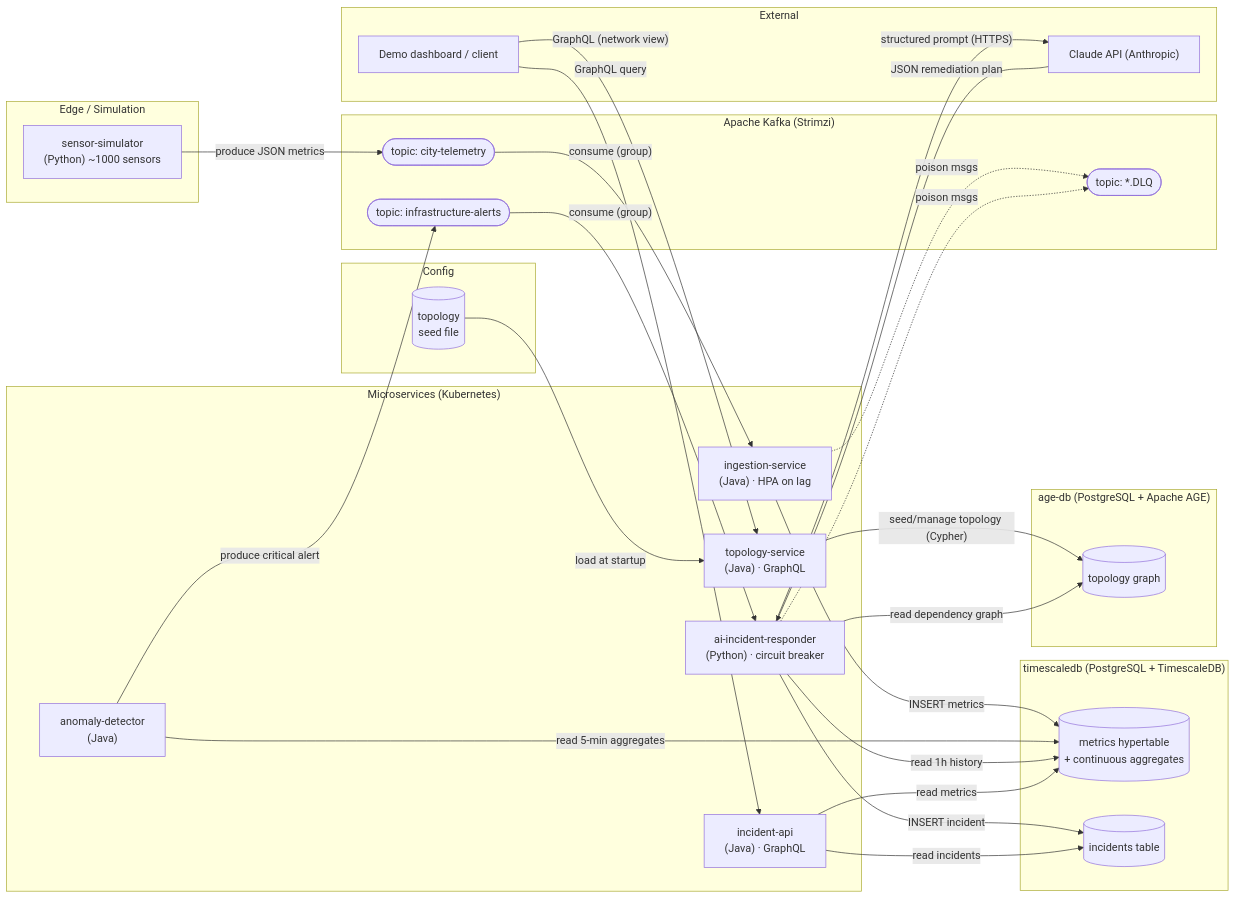
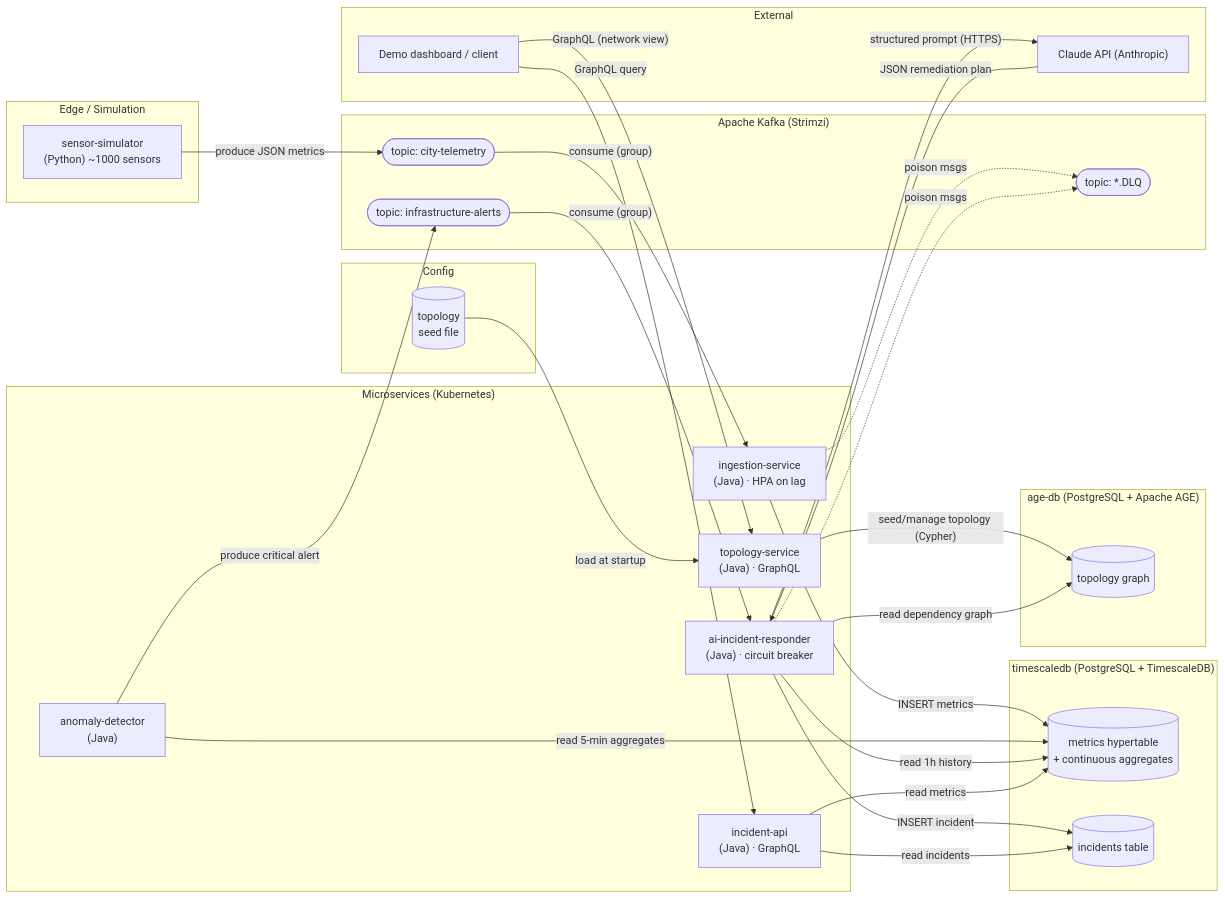
One commit to Yamete11/IPR changed the diagram in docs/architecture.mmd. Above: the diagram before and after it, drawn with Mermaid. The commit also changed 18 other files, not shown here.

```diff
--- a/docs/architecture.mmd
+++ b/docs/architecture.mmd
@@ -1,49 +1,49 @@
 flowchart LR
   subgraph edge["Edge / Simulation"]
     SIM["sensor-simulator<br/>(Python) ~1000 sensors"]
   end
   subgraph kafka["Apache Kafka (Strimzi)"]
     T1(["topic: city-telemetry"])
     T2(["topic: infrastructure-alerts"])
     DLQ(["topic: *.DLQ"])
   end
   subgraph services["Microservices (Kubernetes)"]
     ING["ingestion-service<br/>(Java) · HPA on lag"]
     DET["anomaly-detector<br/>(Java)"]
-    AI["ai-incident-responder<br/>(Python) · circuit breaker"]
+    AI["ai-incident-responder<br/>(Java) · circuit breaker"]
     API["incident-api<br/>(Java) · GraphQL"]
     TOPO["topology-service<br/>(Java) · GraphQL"]
   end
   subgraph config["Config"]
     SEED[("topology<br/>seed file")]
   end
   subgraph pgts["timescaledb (PostgreSQL + TimescaleDB)"]
     TS[("metrics hypertable<br/>+ continuous aggregates")]
     INC[("incidents table")]
   end
   subgraph pgage["age-db (PostgreSQL + Apache AGE)"]
     AGE[("topology graph")]
   end
   subgraph ext["External"]
     CLAUDE["Claude API (Anthropic)"]
     DASH["Demo dashboard / client"]
   end
   SIM -- "produce JSON metrics" --> T1
   T1 -- "consume (group)" --> ING
   ING -- "INSERT metrics" --> TS
   ING -. "poison msgs" .-> DLQ
   SEED -- "load at startup" --> TOPO
   TOPO -- "seed/manage topology (Cypher)" --> AGE
   DET -- "read 5-min aggregates" --> TS
   DET -- "produce critical alert" --> T2
   T2 -- "consume (group)" --> AI
   AI -- "read 1h history" --> TS
   AI -- "read dependency graph" --> AGE
   AI -- "structured prompt (HTTPS)" --> CLAUDE
   CLAUDE -- "JSON remediation plan" --> AI
   AI -- "INSERT incident" --> INC
   AI -. "poison msgs" .-> DLQ
   API -- "read incidents" --> INC
   API -- "read metrics" --> TS
   DASH -- "GraphQL query" --> API
   DASH -- "GraphQL (network view)" --> TOPO
```
